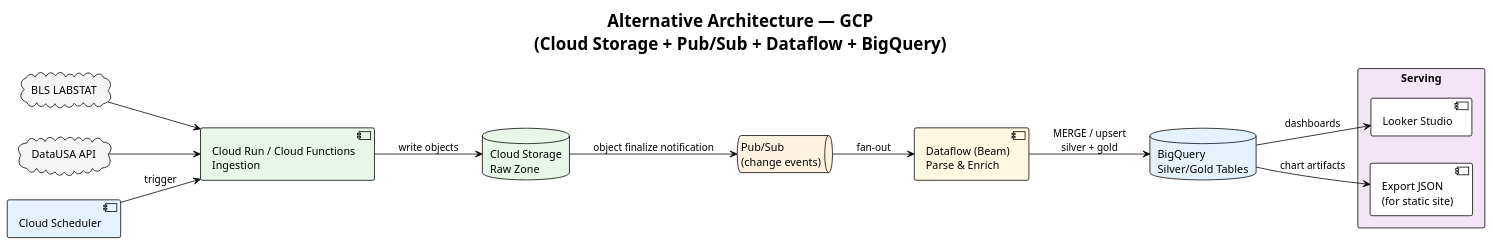
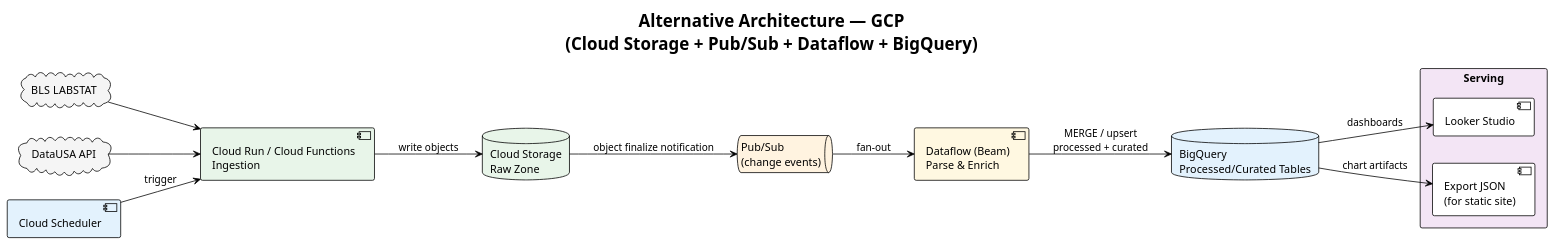
The diagram in docs/interview/alt-gcp.puml (TechR10n/fomc-agent), drawn with PlantUML before and after one commit. The commit also changed other lines of this file and 2768 other files, not shown here.

```diff
--- a/docs/interview/alt-gcp.puml
+++ b/docs/interview/alt-gcp.puml
@@ -1,32 +1,32 @@
 @startuml alt-gcp
 !theme plain
 left to right direction
 title Alternative Architecture — GCP\n(Cloud Storage + Pub/Sub + Dataflow + BigQuery)
 
 cloud "BLS LABSTAT" as BLS #F5F5F5
 cloud "DataUSA API" as DataUSA #F5F5F5
 
 component "Cloud Scheduler" as Scheduler #E3F2FD
 component "Cloud Run / Cloud Functions\nIngestion" as Ingest #E8F5E9
 database "Cloud Storage\nRaw Zone" as Raw #E8F5E9
 
 queue "Pub/Sub\n(change events)" as PubSub #FFF3E0
 component "Dataflow (Beam)\nParse & Enrich" as Dataflow #FFF8E1
-database "BigQuery\nSilver/Gold Tables" as BQ #E3F2FD
+database "BigQuery\nProcessed/Curated Tables" as BQ #E3F2FD
 
 rectangle "Serving" as Serving #F3E5F5 {
   component "Looker Studio" as Looker
   component "Export JSON\n(for static site)" as Export
 }
 
 Scheduler --> Ingest : trigger
 BLS --> Ingest
 DataUSA --> Ingest
 Ingest --> Raw : write objects
 Raw --> PubSub : object finalize notification
 PubSub --> Dataflow : fan-out
-Dataflow --> BQ : MERGE / upsert\nsilver + gold
+Dataflow --> BQ : MERGE / upsert\nprocessed + curated
 BQ --> Looker : dashboards
 BQ --> Export : chart artifacts
 
 @enduml
```
